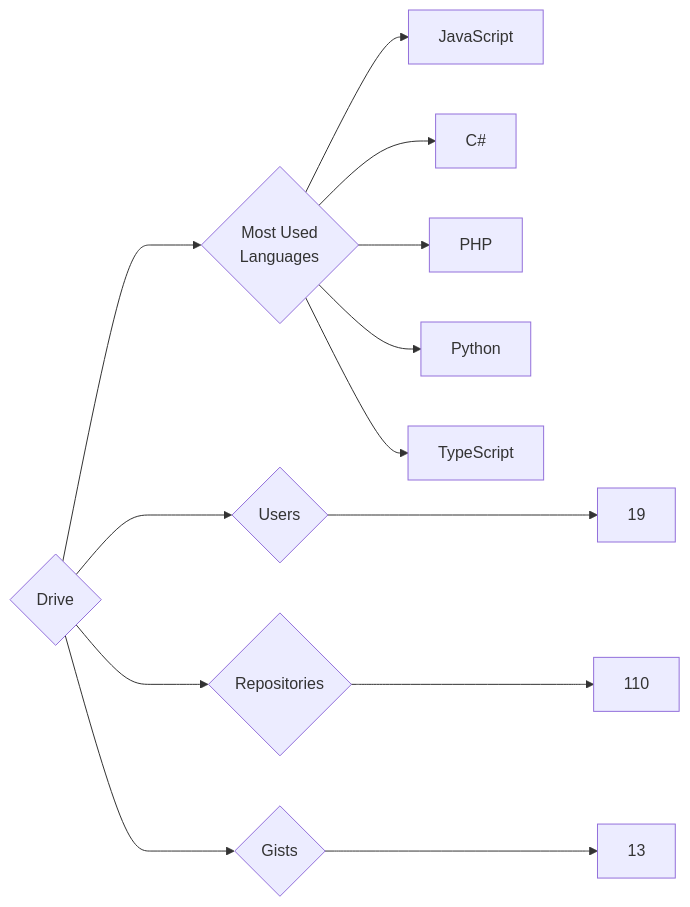
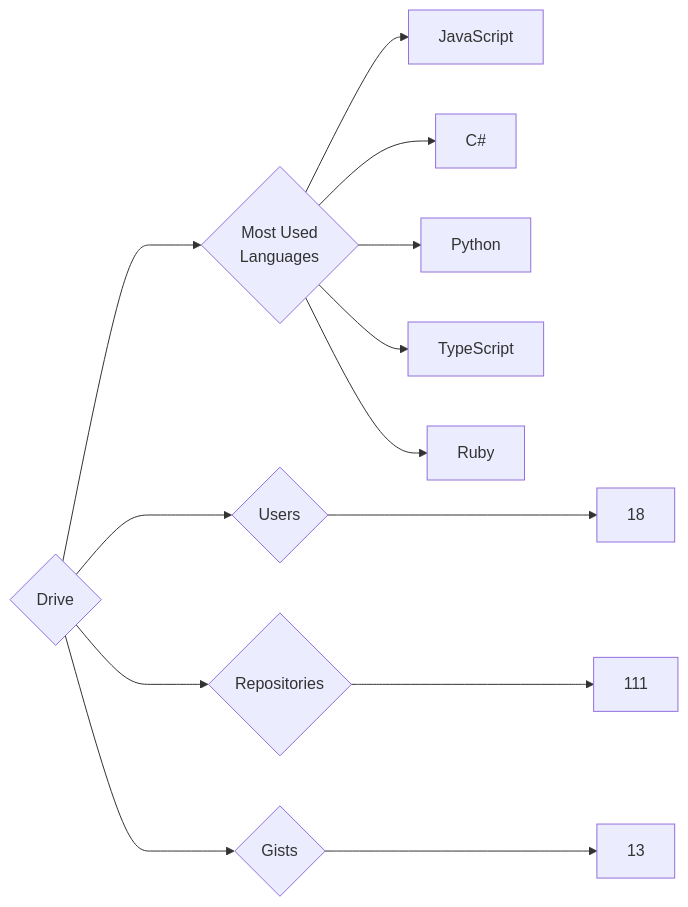
The diagram in targets/Drive/README.md (trickest/insiders), drawn with Mermaid before and after one commit. The commit also changed 748 other files, not shown here.

````diff
--- a/targets/Drive/README.md
+++ b/targets/Drive/README.md
@@ -3,13 +3,13 @@
 ```mermaid
 graph LR
 COMPANY_NAME{Drive}
-COMPANY_NAME ---> U{Users} ---> UN[19]
-COMPANY_NAME ---> R{Repositories} ---> RN[110]
+COMPANY_NAME ---> U{Users} ---> UN[18]
+COMPANY_NAME ---> R{Repositories} ---> RN[111]
 COMPANY_NAME ---> G{Gists} ---> GN[13]
 COMPANY_NAME ---> ML{Most Used<br>Languages}
 ML --> JavaScript[JavaScript]
 ML --> C#[C#]
-ML --> PHP[PHP]
 ML --> Python[Python]
 ML --> TypeScript[TypeScript]
+ML --> Ruby[Ruby]
 ```
````
